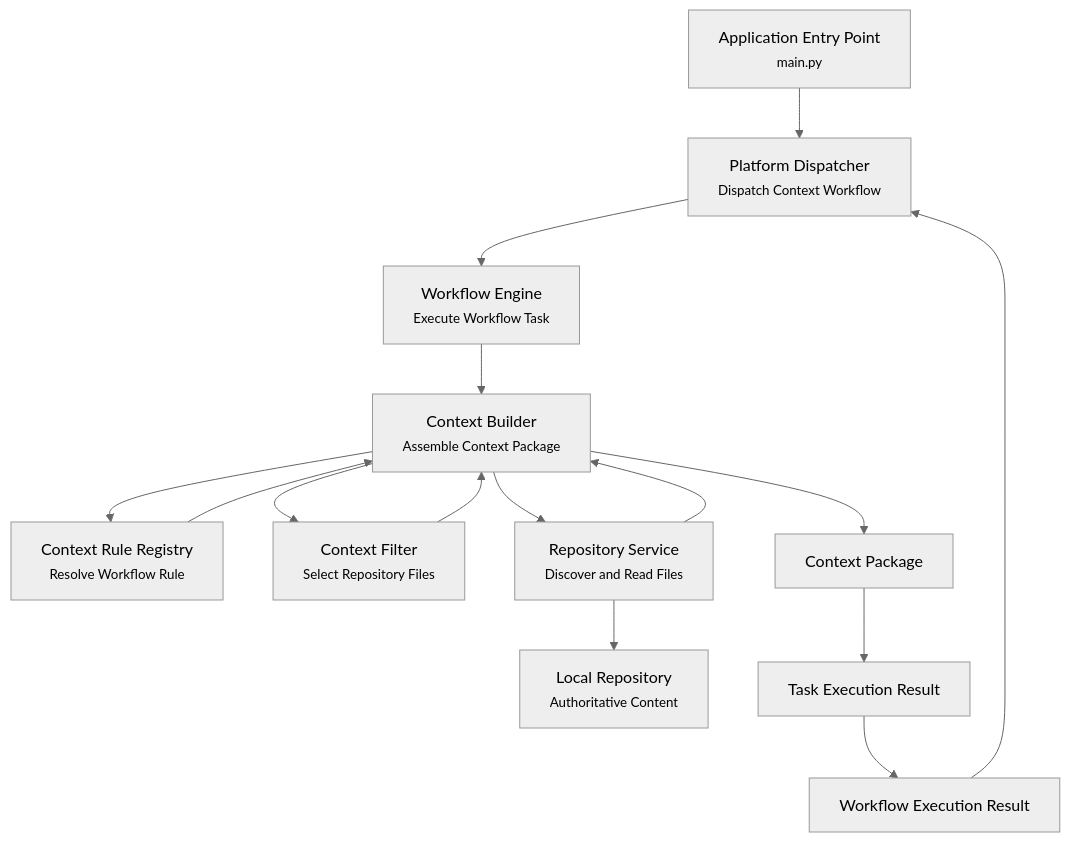
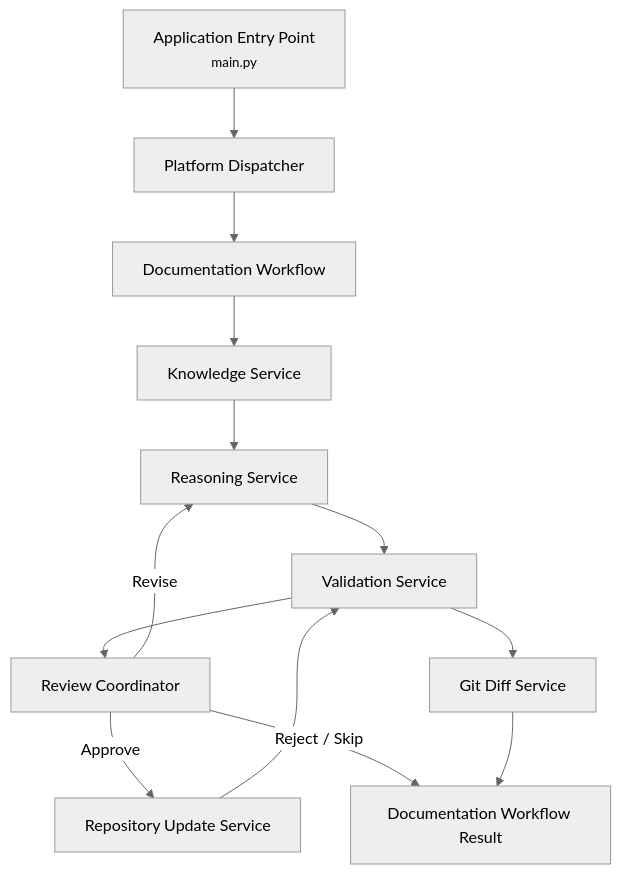
Before and after one commit to pgailinas/project0: the diagram in docs/Component_Communication_Design.md, drawn with Mermaid (neutral theme). The commit also changed other lines of this file and 24 other files, not shown here.

````diff
--- a/docs/Component_Communication_Design.md
+++ b/docs/Component_Communication_Design.md
@@ -101,29 +101,29 @@
 ```mermaid
 flowchart TD
     A["Application Entry Point<br/><small>main.py</small>"]
-    B["Platform Dispatcher<br/><small>Dispatch Context Workflow</small>"]
-    C["Workflow Engine<br/><small>Execute Workflow Task</small>"]
-    D["Context Builder<br/><small>Assemble Context Package</small>"]
-    E["Context Rule Registry<br/><small>Resolve Workflow Rule</small>"]
-    F["Context Filter<br/><small>Select Repository Files</small>"]
-    G["Repository Service<br/><small>Discover and Read Files</small>"]
-    H["Local Repository<br/><small>Authoritative Content</small>"]
-    I["Context Package"]
-    J["Task Execution Result"]
-    K["Workflow Execution Result"]
+    B["Platform Dispatcher"]
+    C["Documentation Workflow"]
+
+    D["Knowledge Service"]
+    E["Reasoning Service"]
+    F["Validation Service"]
+    G["Review Coordinator"]
+    H["Repository Update Service"]
+    I["Git Diff Service"]
+    J["Documentation Workflow Result"]
 
     A --> B
     B --> C
     C --> D
     D --> E
-    E --> D
-    D --> F
-    F --> D
-    D --> G
-    G --> H
-    G --> D
-    D --> I
+    E --> F
+    F --> G
+
+    G -->|Approve| H
+    G -->|Reject / Skip| J
+    G -->|Revise| E
+
+    H --> F
+    F --> I
     I --> J
-    J --> K
-    K --> B
 ```
````
